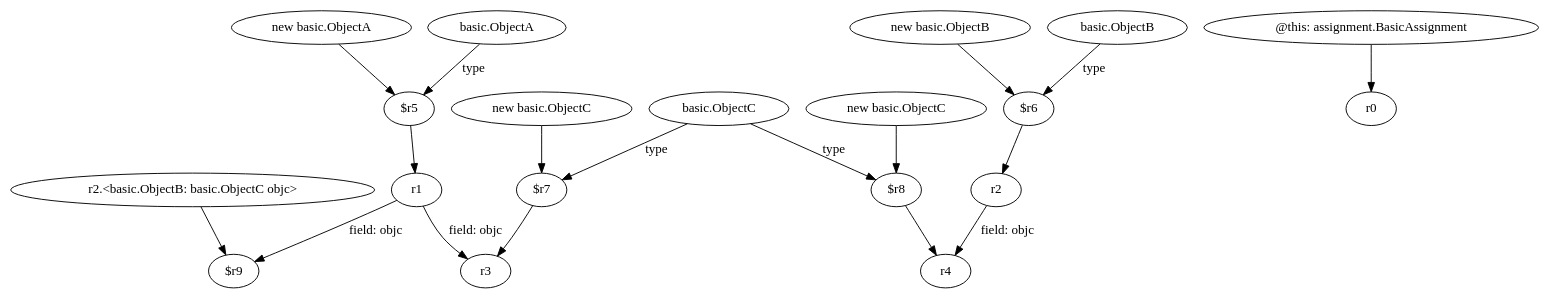
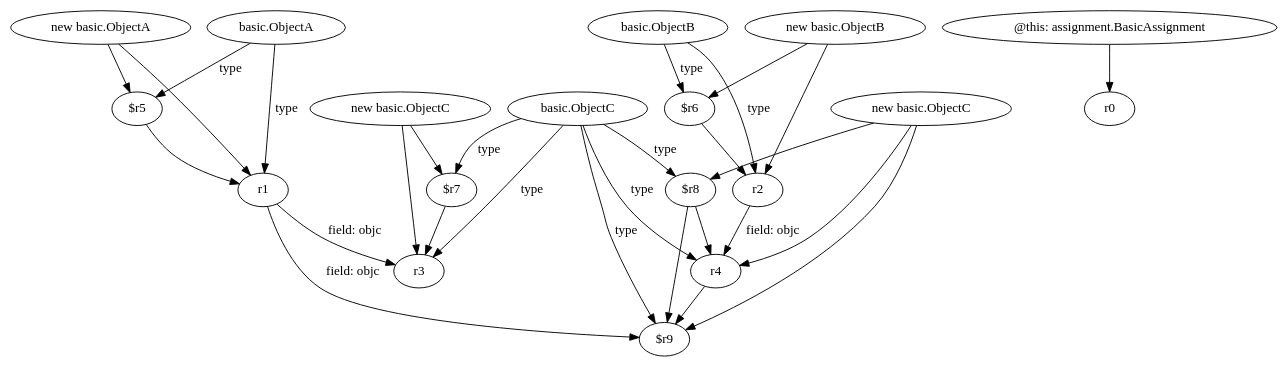
The diagram in relation2/<assignment.BasicAssignment: void field2field()>.dot (SeanCoek/zString), drawn with Graphviz before and after one commit. The commit also changed 36 other files, not shown here.

```diff
--- a/relation2/<assignment.BasicAssignment: void field2field()>.dot
+++ b/relation2/<assignment.BasicAssignment: void field2field()>.dot
@@ -1,38 +1,48 @@
 digraph g {
 0[label="r1"]
 1[label="r3"]
 0->1[label="field: objc"]
-2[label="new basic.ObjectC"]
-3[label="$r8"]
-2->3[label=""]
-4[label="r2"]
-5[label="r4"]
-4->5[label="field: objc"]
-6[label="new basic.ObjectC"]
-7[label="$r7"]
-6->7[label=""]
-3->5[label=""]
-8[label="$r9"]
-0->8[label="field: objc"]
-9[label="r2.<basic.ObjectB: basic.ObjectC objc>"]
-9->8[label=""]
-10[label="$r5"]
-10->0[label=""]
-11[label="new basic.ObjectA"]
-11->10[label=""]
-12[label="new basic.ObjectB"]
-13[label="$r6"]
-12->13[label=""]
-14[label="@this: assignment.BasicAssignment"]
-15[label="r0"]
-14->15[label=""]
-16[label="basic.ObjectB"]
-16->13[label="type"]
-17[label="basic.ObjectC"]
-17->3[label="type"]
-13->4[label=""]
-17->7[label="type"]
-18[label="basic.ObjectA"]
-18->10[label="type"]
-7->1[label=""]
+2[label="basic.ObjectB"]
+3[label="$r6"]
+2->3[label="type"]
+4[label="new basic.ObjectA"]
+5[label="$r5"]
+4->5[label=""]
+6[label="r2"]
+7[label="r4"]
+6->7[label="field: objc"]
+2->6[label="type"]
+8[label="basic.ObjectC"]
+8->7[label="type"]
+9[label="$r7"]
+8->9[label="type"]
+10[label="new basic.ObjectC"]
+11[label="$r9"]
+10->11[label=""]
+12[label="$r8"]
+12->7[label=""]
+0->11[label="field: objc"]
+3->6[label=""]
+13[label="basic.ObjectA"]
+13->5[label="type"]
+8->1[label="type"]
+13->0[label="type"]
+14[label="new basic.ObjectC"]
+14->9[label=""]
+9->1[label=""]
+7->11[label=""]
+15[label="new basic.ObjectB"]
+15->6[label=""]
+15->3[label=""]
+12->11[label=""]
+4->0[label=""]
+14->1[label=""]
+5->0[label=""]
+8->11[label="type"]
+10->12[label=""]
+10->7[label=""]
+16[label="@this: assignment.BasicAssignment"]
+17[label="r0"]
+16->17[label=""]
+8->12[label="type"]
 }
```
